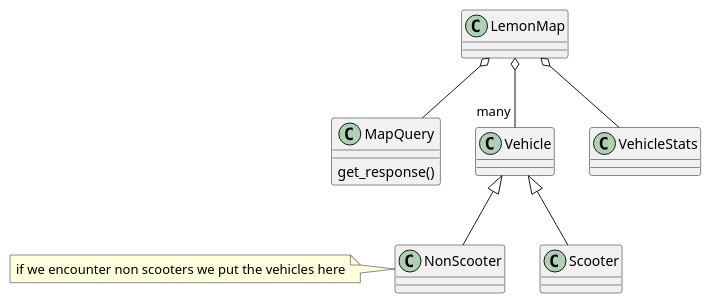
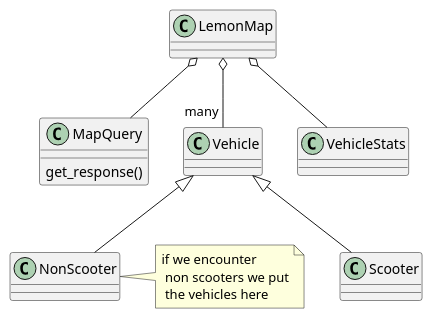
Before and after one commit to 0x6d64/lemon_map: the diagram in notes/datastructures.puml, drawn with PlantUML.

Commit message:
improve class diagram

```diff
--- a/notes/datastructures.puml
+++ b/notes/datastructures.puml
@@ -1,24 +1,24 @@
 @startuml
 'https://plantuml.com/class-diagram
 
 class MapQuery {
     get_response()
 }
 class LemonMap
 
 class Vehicle
 class Scooter
 class NonScooter
 
-note left: if we encounter non scooters we put the vehicles here
+note right: if we encounter \n non scooters we put\n the vehicles here
 
 class VehicleStats
 
 Vehicle <|-- Scooter
 Vehicle <|-- NonScooter
 
 LemonMap o-- VehicleStats
 LemonMap o-- "many" Vehicle
 LemonMap o-- MapQuery
 
 @enduml
```
